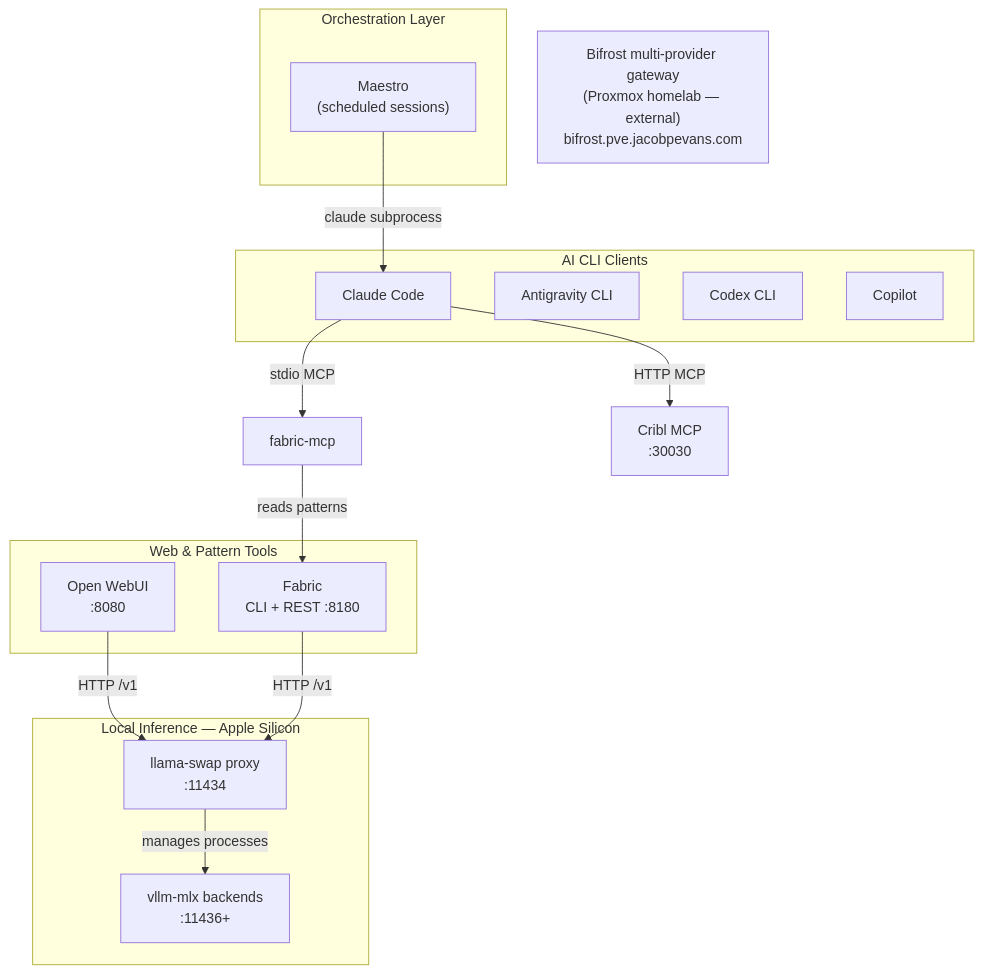
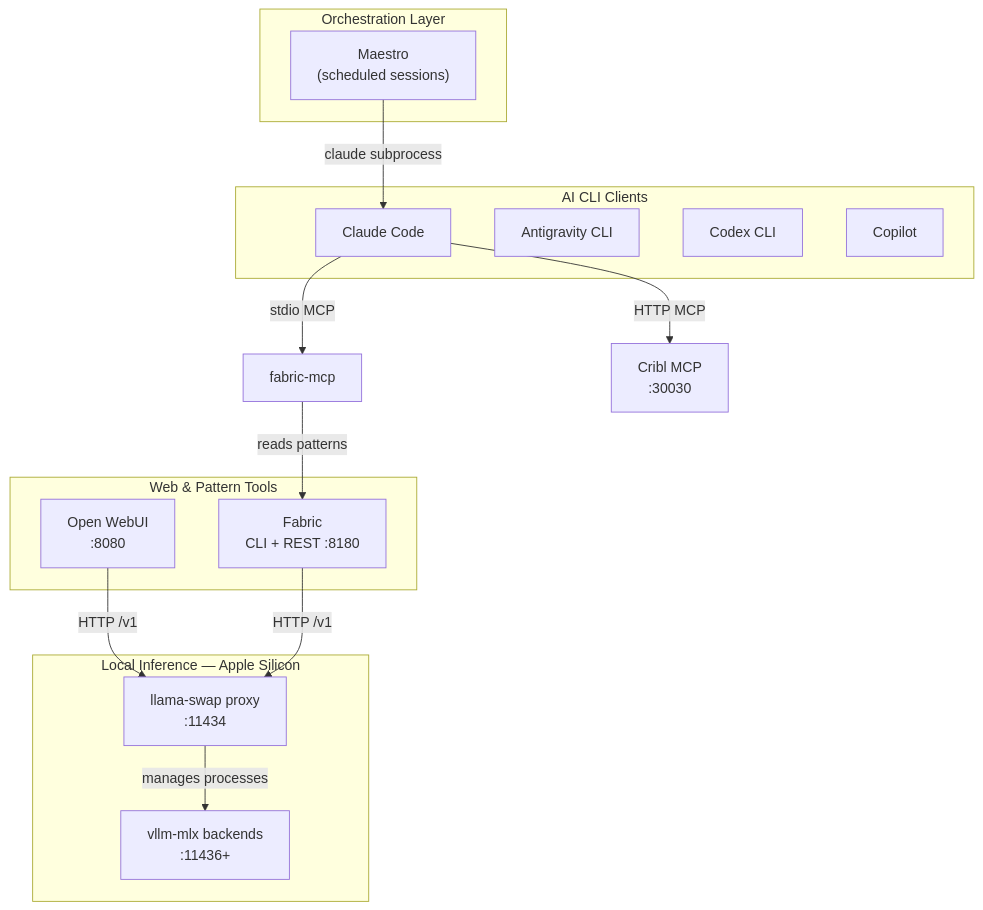
The first of 4 diagrams in docs/architecture/system-integration-map.md (dryvist/nix-ai), drawn with Mermaid before and after one commit.

Commit message:
docs: drop floating HOMELAB node from integration diagram
Addresses review: the external Bifrost node had no edges and rendered as a
floating box. The prose below the diagram already documents the relocation,
so remove the node rather than add a misleading edge (clients deliberately
do not route through it).

````diff
--- a/docs/architecture/system-integration-map.md
+++ b/docs/architecture/system-integration-map.md
@@ -11,36 +11,34 @@
 ```mermaid
 graph TD
     subgraph Clients["AI CLI Clients"]
         CC["Claude Code"]
         GEM["Antigravity CLI"]
         CDX["Codex CLI"]
         COP["Copilot"]
     end
 
     subgraph Orchestration["Orchestration Layer"]
         MAE["Maestro\n(scheduled sessions)"]
     end
 
     subgraph LocalInference["Local Inference — Apple Silicon"]
         LS["llama-swap proxy\n:11434"]
         VLLM["vllm-mlx backends\n:11436+"]
     end
 
     subgraph WebTools["Web & Pattern Tools"]
         OWU["Open WebUI\n:8080"]
         FAB["Fabric\nCLI + REST :8180"]
     end
 
-    HOMELAB["Bifrost multi-provider gateway\n(Proxmox homelab — external)\nbifrost.pve.jacobpevans.com"]
-
     CC -->|stdio MCP| FAB_MCP["fabric-mcp"]
     CC -->|HTTP MCP| CRIBL["Cribl MCP\n:30030"]
     MAE -->|claude subprocess| CC
 
     FAB_MCP -->|reads patterns| FAB
 
     OWU -->|HTTP /v1| LS
     FAB -->|HTTP /v1| LS
 
     LS -->|manages processes| VLLM
 ```
````
